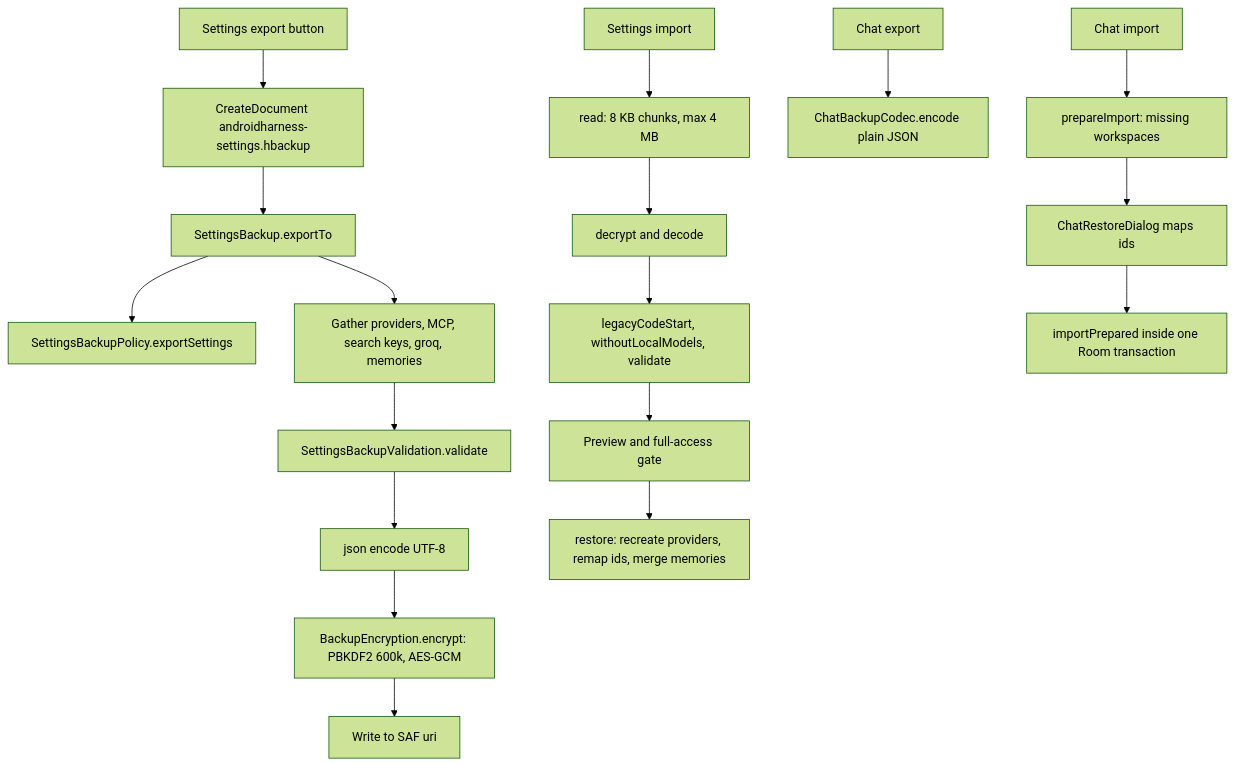
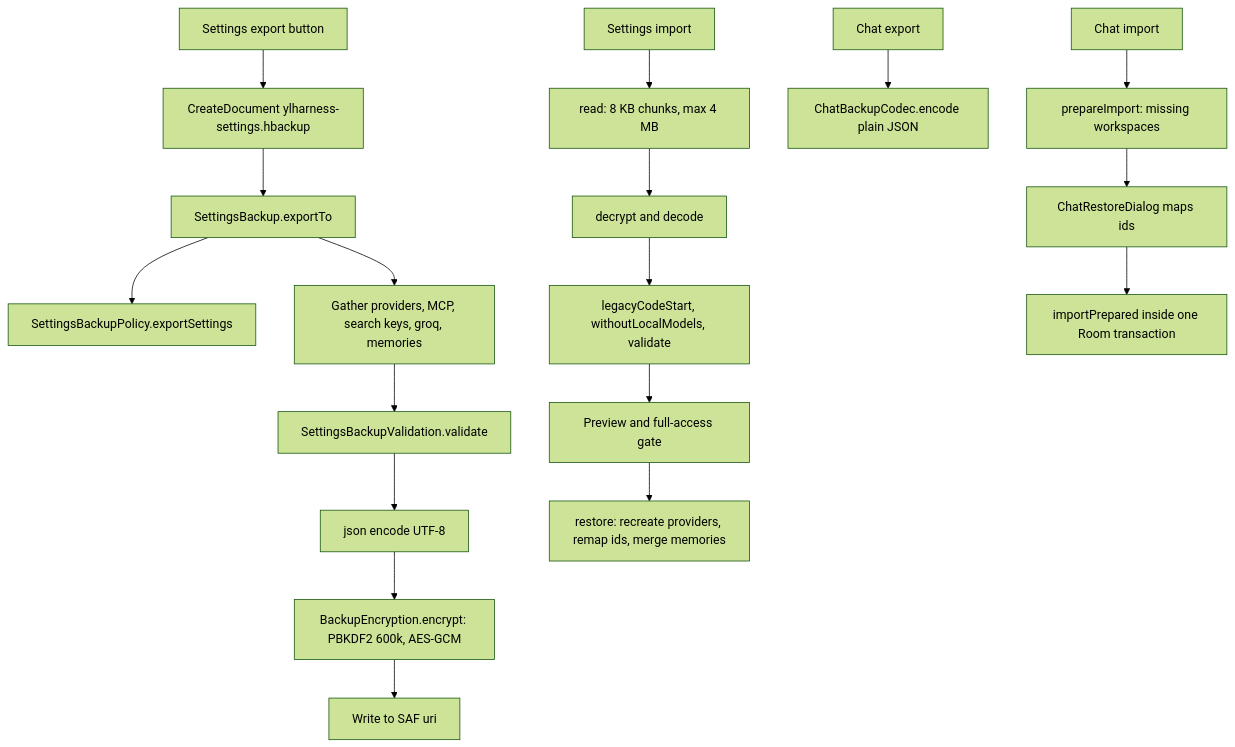
The diagram in repowiki/69-backups-and-encryption.md (ylstack1/YL-Harness), drawn with Mermaid (forest theme) before and after one commit. The commit also changed other lines of this file and 2451 other files, not shown here.

````diff
--- a/repowiki/69-backups-and-encryption.md
+++ b/repowiki/69-backups-and-encryption.md
@@ -19,20 +19,20 @@
 ```mermaid
 flowchart TD
-    A[Settings export button] --> B[CreateDocument androidharness-settings.hbackup]
+    A[Settings export button] --> B[CreateDocument ylharness-settings.hbackup]
     B --> C[SettingsBackup.exportTo]
     C --> D[SettingsBackupPolicy.exportSettings]
     C --> E[Gather providers, MCP, search keys, groq, memories]
     E --> F[SettingsBackupValidation.validate]
     F --> G[json encode UTF-8]
     G --> H[BackupEncryption.encrypt: PBKDF2 600k, AES-GCM]
     H --> I[Write to SAF uri]
     J[Settings import] --> K[read: 8 KB chunks, max 4 MB]
     K --> L[decrypt and decode]
     L --> M[legacyCodeStart, withoutLocalModels, validate]
     M --> N[Preview and full-access gate]
     N --> O[restore: recreate providers, remap ids, merge memories]
     P[Chat export] --> Q[ChatBackupCodec.encode plain JSON]
     R[Chat import] --> S[prepareImport: missing workspaces]
     S --> T[ChatRestoreDialog maps ids]
     T --> U[importPrepared inside one Room transaction]
 ```
````
